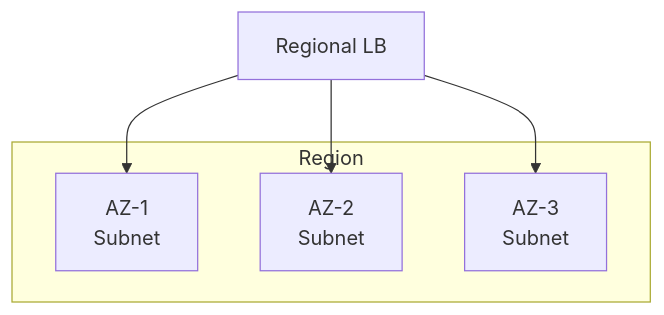
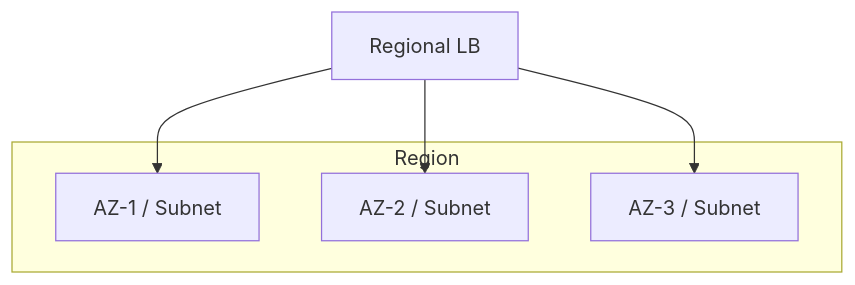
Before and after one commit to hareramcse/SystemDesign: the eighth of 47 diagrams in 11-cloud-and-kubernetes/README.md, drawn with Mermaid. The commit also changed other lines of this file and 14 other files, not shown here.

````diff
--- a/11-cloud-and-kubernetes/README.md
+++ b/11-cloud-and-kubernetes/README.md
@@ -409,9 +409,9 @@
 ```mermaid
 flowchart TB
     subgraph Region
-        AZ1[AZ-1<br/>Subnet]
-        AZ2[AZ-2<br/>Subnet]
-        AZ3[AZ-3<br/>Subnet]
+        AZ1[AZ-1 / Subnet]
+        AZ2[AZ-2 / Subnet]
+        AZ3[AZ-3 / Subnet]
     end
     LB[Regional LB] --> AZ1 & AZ2 & AZ3
 ```
````
